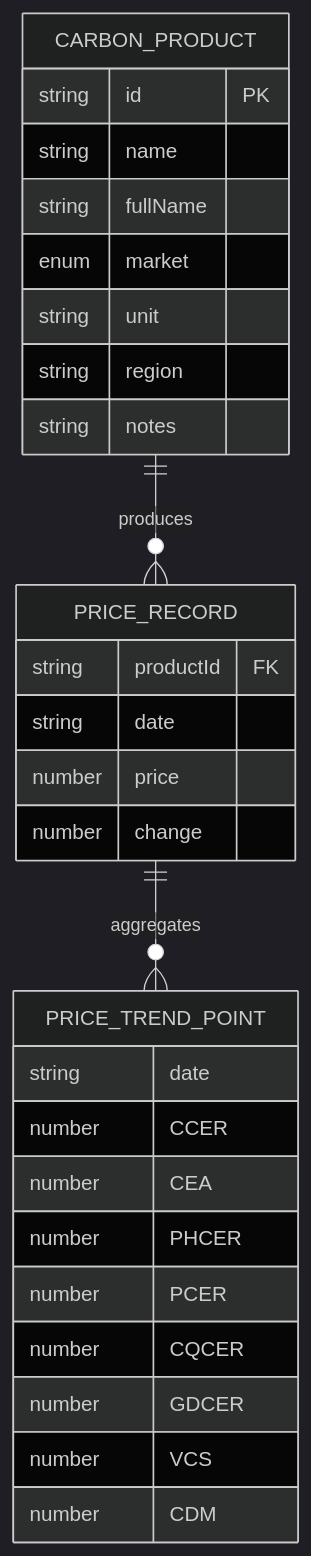
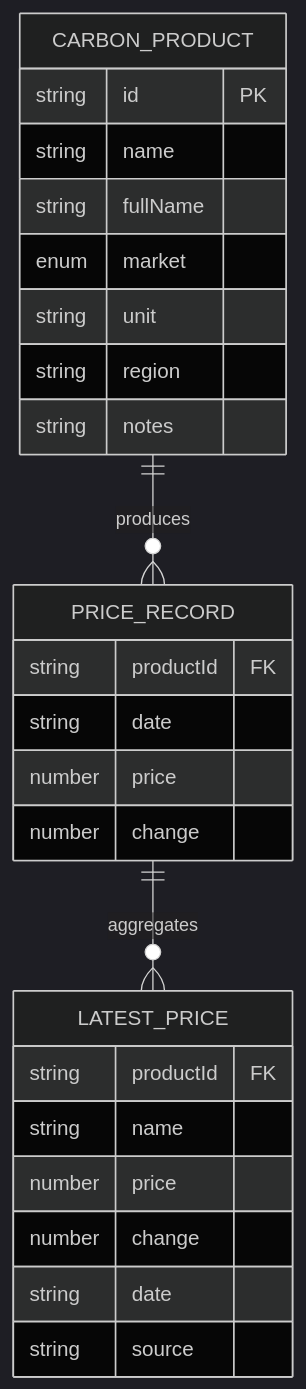
Before and after one commit to liangxuanliang-cmd/carbon-info-agent: the second of 18 diagrams in .qoder/repowiki/zh/content/功能模块/碳价格监控模块.md, drawn with Mermaid (dark theme). The commit also changed other lines of this file and 21 other files, not shown here.

````diff
--- a/.qoder/repowiki/zh/content/功能模块/碳价格监控模块.md
+++ b/.qoder/repowiki/zh/content/功能模块/碳价格监控模块.md
@@ -129,31 +147,28 @@
 ```mermaid
 erDiagram
 CARBON_PRODUCT {
 string id PK
 string name
 string fullName
 enum market
 string unit
 string region
 string notes
 }
 PRICE_RECORD {
 string productId FK
 string date
 number price
 number change
 }
-PRICE_TREND_POINT {
+LATEST_PRICE {
+string productId FK
+string name
+number price
+number change
 string date
-number CCER
-number CEA
-number PHCER
-number PCER
-number CQCER
-number GDCER
-number VCS
-number CDM
+string source
 }
 CARBON_PRODUCT ||--o{ PRICE_RECORD : "produces"
-PRICE_RECORD ||--o{ PRICE_TREND_POINT : "aggregates"
+PRICE_RECORD ||--o{ LATEST_PRICE : "aggregates"
 ```
````
